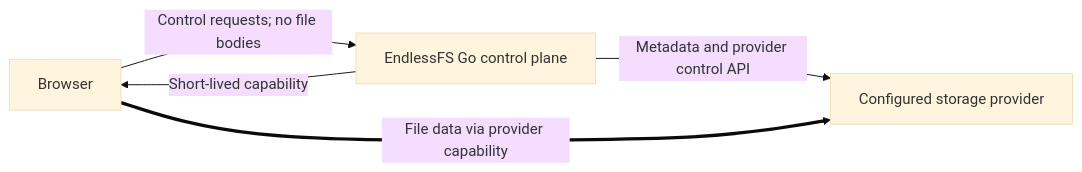
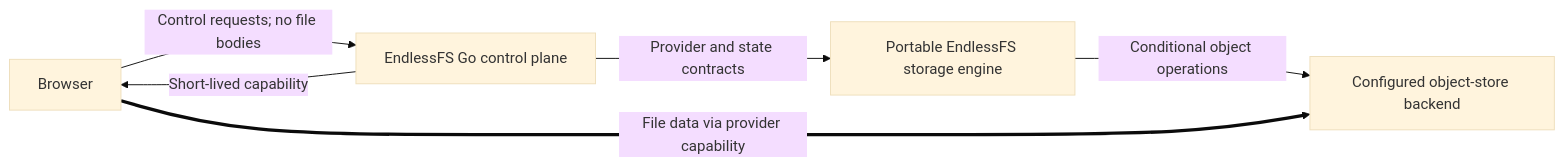
One commit to applyinnovations/EndlessFS changed the first of 3 diagrams in docs/v1-specification.md. Above: the diagram before and after it, drawn with Mermaid (base theme). The commit also changed other lines of this file and 1 other file, not shown here.

Commit message:
docs: define portable multi-replica storage contract

````diff
--- a/docs/v1-specification.md
+++ b/docs/v1-specification.md
@@ -198,7 +213,8 @@
 ```mermaid
 flowchart LR
     B["Browser"] -->|"Control requests; no file bodies"| E["EndlessFS Go control plane"]
-    E -->|"Metadata and provider control API"| P["Configured storage provider"]
+    E -->|"Provider and state contracts"| F["Portable EndlessFS storage engine"]
+    F -->|"Conditional object operations"| O["Configured object-store backend"]
     E -->|"Short-lived capability"| B
-    B ==>|"File data via provider capability"| P
+    B ==>|"File data via provider capability"| O
 ```
````
